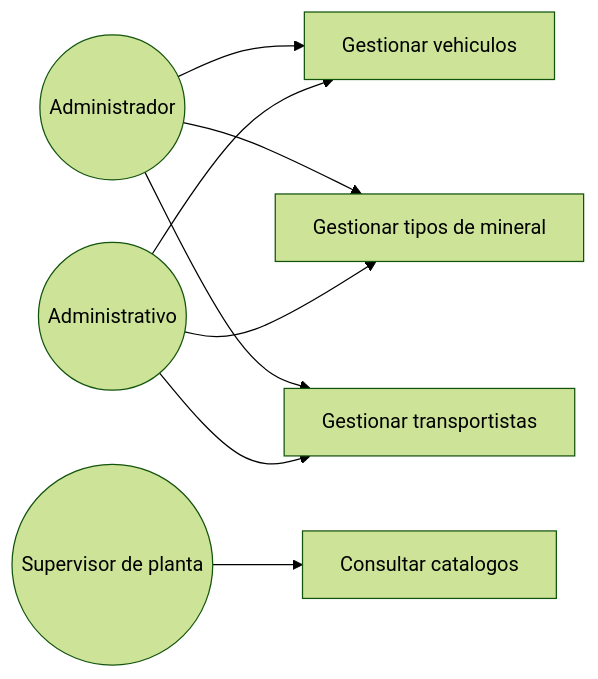
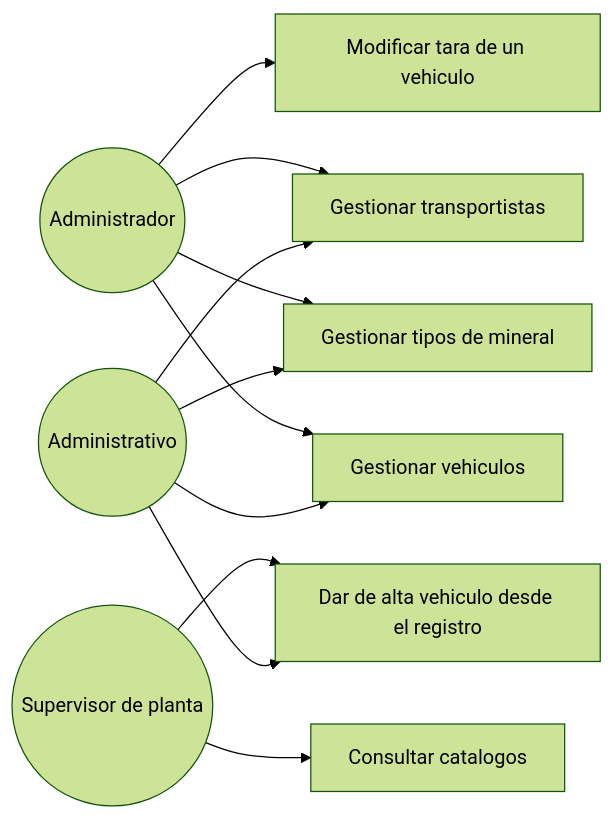
One commit to adlerOmonte1/LogisticaMinera changed the diagram in docs/modulos/M02-catalogo/diagramas/caso_uso.md. Above: the diagram before and after it, drawn with Mermaid (forest theme). The commit also changed other lines of this file and 91 other files, not shown here.

````diff
--- a/docs/modulos/M02-catalogo/diagramas/caso_uso.md
+++ b/docs/modulos/M02-catalogo/diagramas/caso_uso.md
@@ -3,19 +3,24 @@
 ```mermaid
 flowchart LR
     ADM(("Administrador"))
     ADV(("Administrativo"))
     SUP(("Supervisor de planta"))
 
     UC1["Gestionar vehiculos"]
     UC2["Gestionar tipos de mineral"]
     UC3["Gestionar transportistas"]
     UC4["Consultar catalogos"]
+    UC5["Modificar tara de un vehiculo"]
+    UC6["Dar de alta vehiculo desde el registro"]
 
     ADM --> UC1
     ADM --> UC2
     ADM --> UC3
     ADV --> UC1
     ADV --> UC2
     ADV --> UC3
+    ADM --> UC5
     SUP --> UC4
+    SUP --> UC6
+    ADV --> UC6
 ```
````
